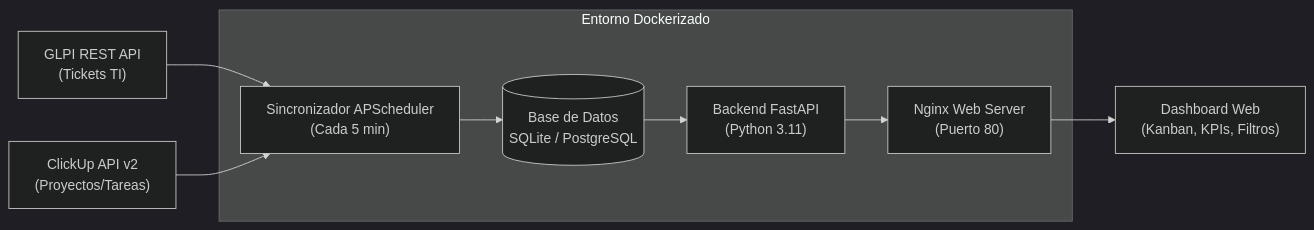
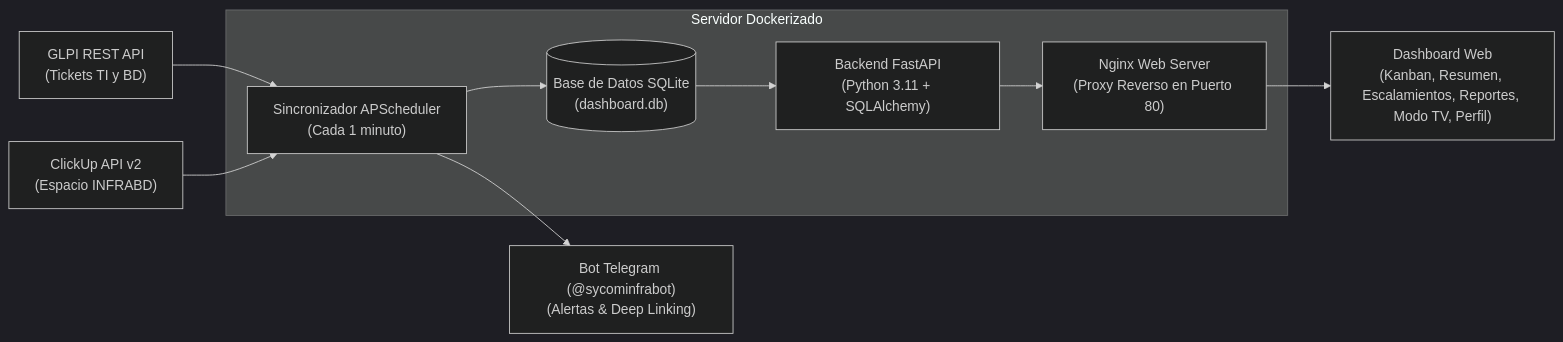
One commit to JuanFZ/infra-agenda changed the diagram in README.md. Above: the diagram before and after it, drawn with Mermaid (dark theme). The commit also changed other lines of this file and 2 other files, not shown here.

Commit message:
docs: update README and proposal matrix to v2.9.2, include sqlite3 in backend Dockerfile (v2.9.3)

````diff
--- a/README.md
+++ b/README.md
@@ -19,13 +28,14 @@
 ```mermaid
 flowchart LR
-    GLPI["GLPI REST API<br>(Tickets TI)"] --> SYNC
-    CU["ClickUp API v2<br>(Proyectos/Tareas)"] --> SYNC
+    GLPI["GLPI REST API<br>(Tickets TI y BD)"] --> SYNC
+    CU["ClickUp API v2<br>(Espacio INFRABD)"] --> SYNC
     
-    subgraph Docker ["Entorno Dockerizado"]
-        SYNC["Sincronizador APScheduler<br>(Cada 5 min)"] --> DB[("Base de Datos<br>SQLite / PostgreSQL")]
-        DB --> API["Backend FastAPI<br>(Python 3.11)"]
-        API --> NGINX["Nginx Web Server<br>(Puerto 80)"]
+    subgraph Docker ["Servidor Dockerizado"]
+        SYNC["Sincronizador APScheduler<br>(Cada 1 minuto)"] --> DB[("Base de Datos SQLite<br>(dashboard.db)")]
+        DB --> API["Backend FastAPI<br>(Python 3.11 + SQLAlchemy)"]
+        API --> NGINX["Nginx Web Server<br>(Proxy Reverso en Puerto 80)"]
     end
     
-    NGINX --> DASH["Dashboard Web<br>(Kanban, KPIs, Filtros)"]
+    SYNC --> TG["Bot Telegram (@sycominfrabot)<br>(Alertas & Deep Linking)"]
+    NGINX --> DASH["Dashboard Web<br>(Kanban, Resumen, Escalamientos, Reportes, Modo TV, Perfil)"]
 ```
````
